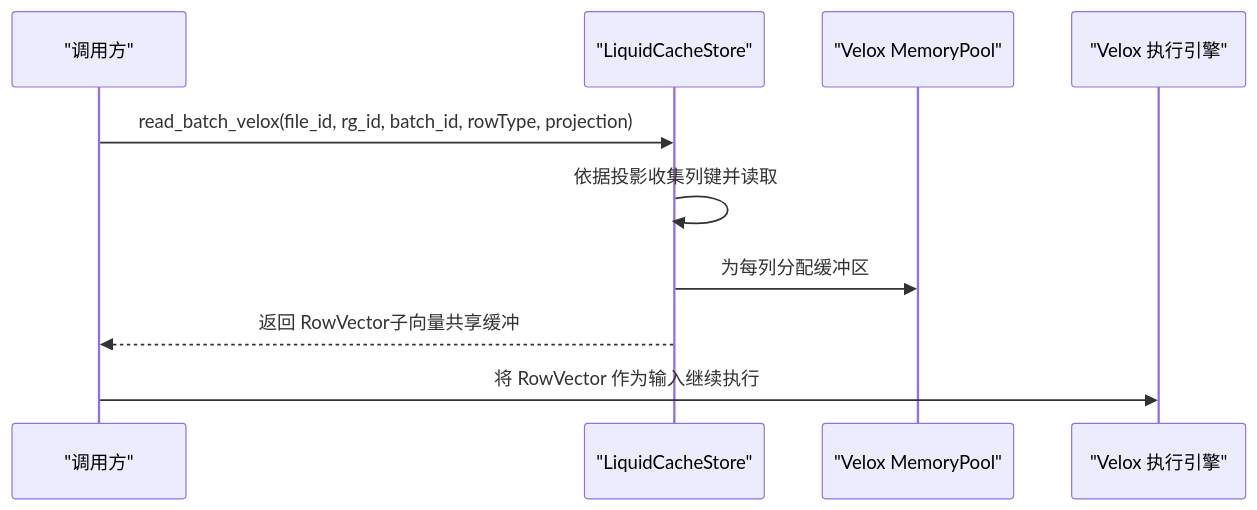
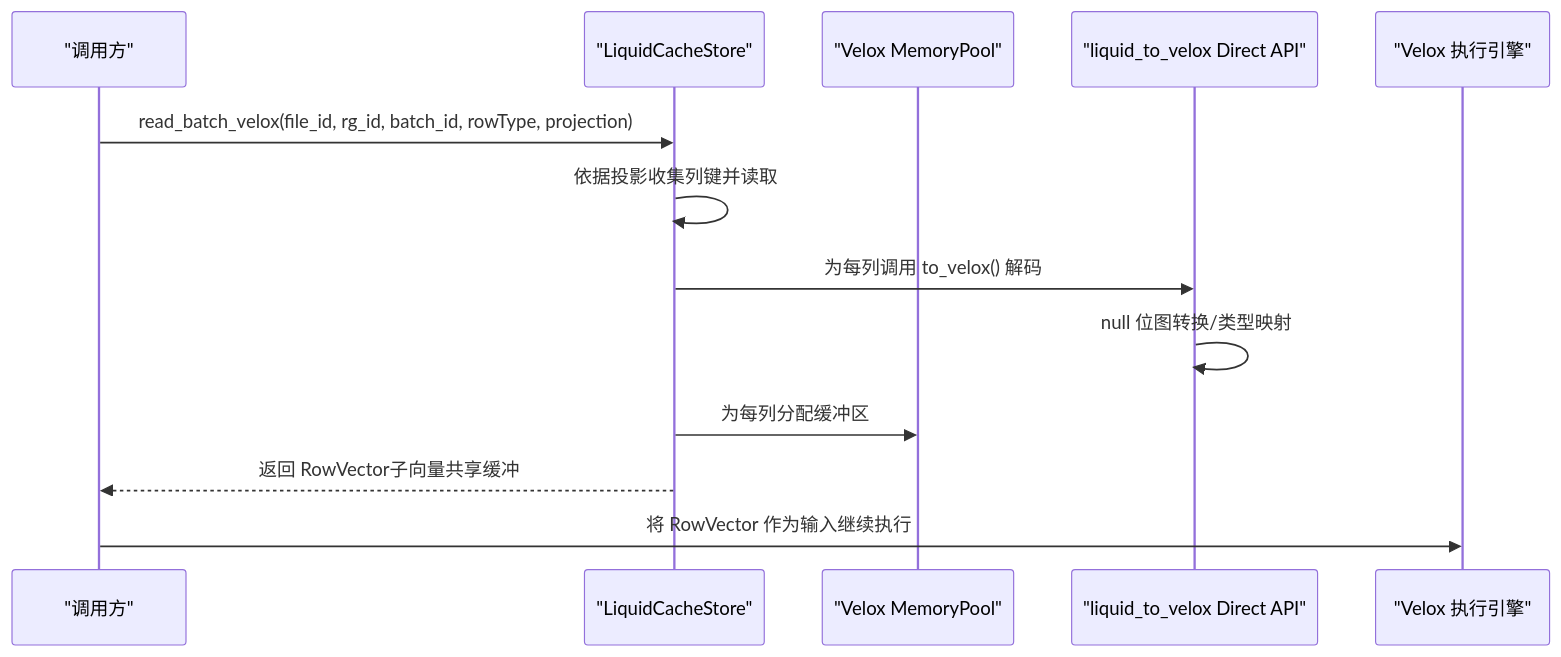
Before and after one commit to tenglei/liquidCacheVelox: the seventh of 9 diagrams in .qoder/repowiki/zh/content/引擎集成/Velox 集成.md, drawn with Mermaid. The commit also changed other lines of this file and 8 other files, not shown here.

````diff
--- a/.qoder/repowiki/zh/content/引擎集成/Velox 集成.md
+++ b/.qoder/repowiki/zh/content/引擎集成/Velox 集成.md
@@ -255,12 +285,15 @@
 ```mermaid
 sequenceDiagram
 participant Client as "调用方"
 participant Store as "LiquidCacheStore"
 participant Pool as "Velox MemoryPool"
+participant DirectAPI as "liquid_to_velox Direct API"
 participant Velox as "Velox 执行引擎"
 Client->>Store : read_batch_velox(file_id, rg_id, batch_id, rowType, projection)
 Store->>Store : 依据投影收集列键并读取
+Store->>DirectAPI : 为每列调用 to_velox() 解码
+DirectAPI->>DirectAPI : null 位图转换/类型映射
 Store->>Pool : 为每列分配缓冲区
 Store-->>Client : 返回 RowVector子向量共享缓冲
 Client->>Velox : 将 RowVector 作为输入继续执行
 ```
````
